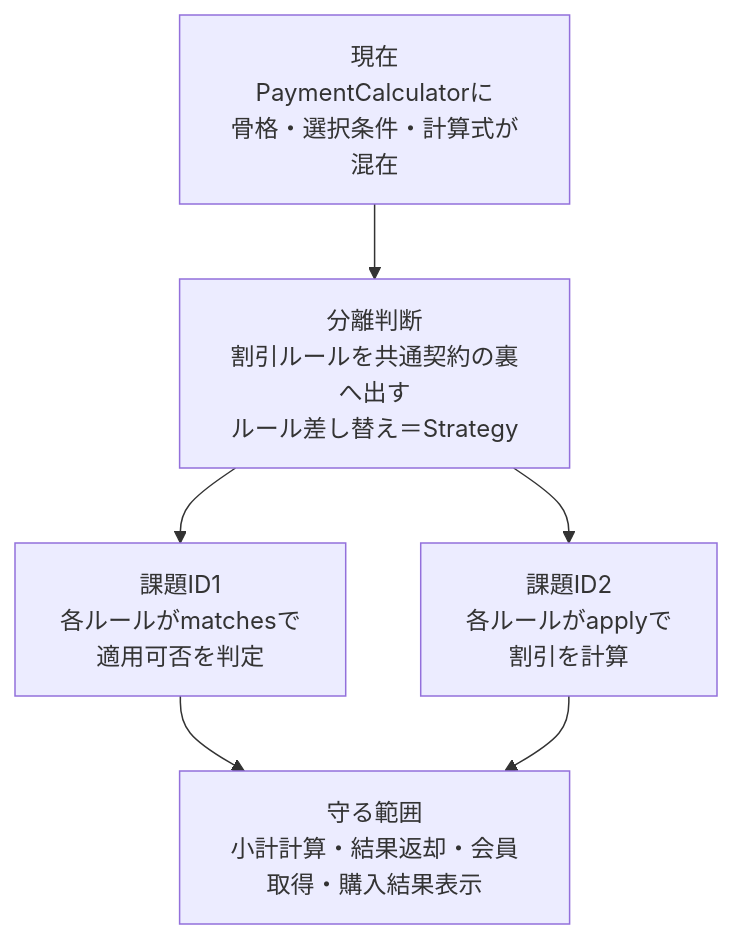
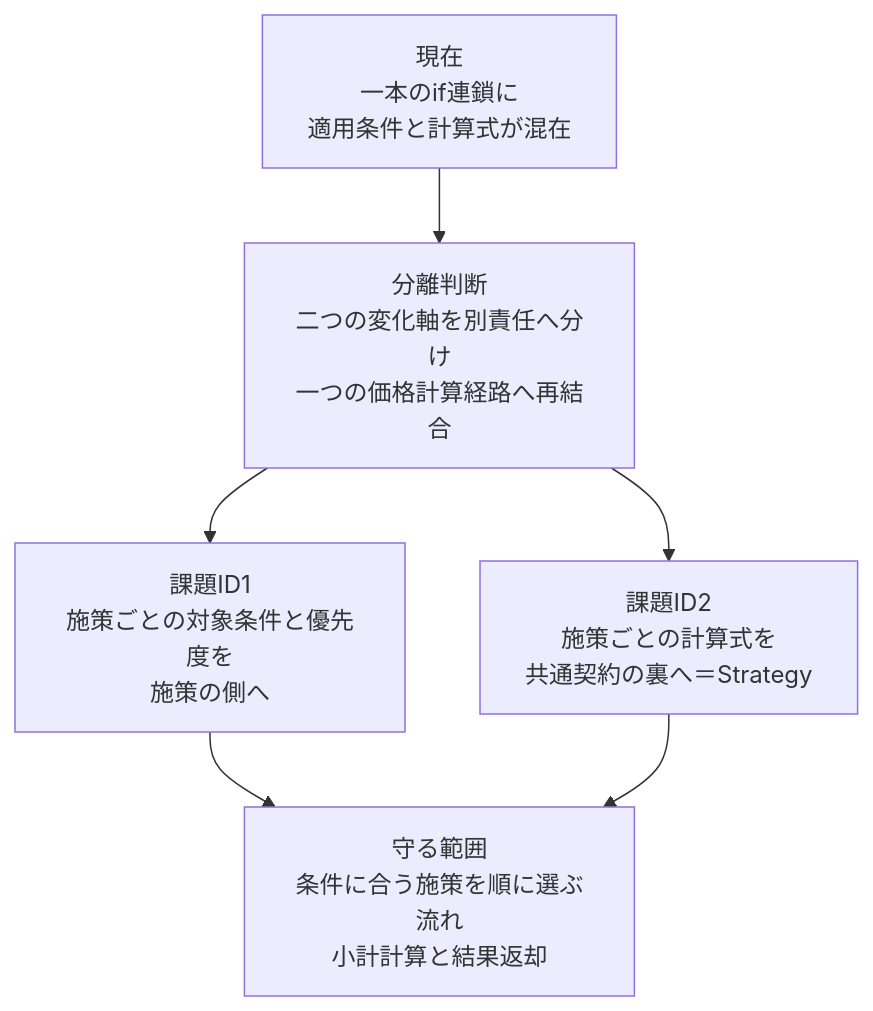
The seventh of 17 diagrams in kindle/design-patterns/output/chapter01.md (kumachan1101-pixel/DesignPattern), drawn with Mermaid before and after one commit. The commit also changed other lines of this file, not shown here.

````diff
--- a/kindle/design-patterns/output/chapter01.md
+++ b/kindle/design-patterns/output/chapter01.md
@@ -1371,8 +1371,8 @@
 ```mermaid
 flowchart TB
-    A[現在<br/>PaymentCalculatorに<br/>骨格・選択条件・計算式が混在] --> B[分離判断<br/>割引ルールを共通契約の裏へ出す<br/>ルール差し替え＝Strategy]
-    B --> C[課題ID1<br/>各ルールがmatchesで<br/>適用可否を判定]
-    B --> D[課題ID2<br/>各ルールがapplyで<br/>割引を計算]
-    C --> E[守る範囲<br/>小計計算・結果返却・会員取得・購入結果表示]
+    A[現在<br/>一本のif連鎖に<br/>適用条件と計算式が混在] --> B[分離判断<br/>二つの変化軸を別責任へ分け<br/>一つの価格計算経路へ再結合]
+    B --> C[課題ID1<br/>施策ごとの対象条件と優先度を<br/>施策の側へ]
+    B --> D[課題ID2<br/>施策ごとの計算式を<br/>共通契約の裏へ＝Strategy]
+    C --> E[守る範囲<br/>条件に合う施策を順に選ぶ流れ<br/>小計計算と結果返却]
     D --> E
 ```
````
